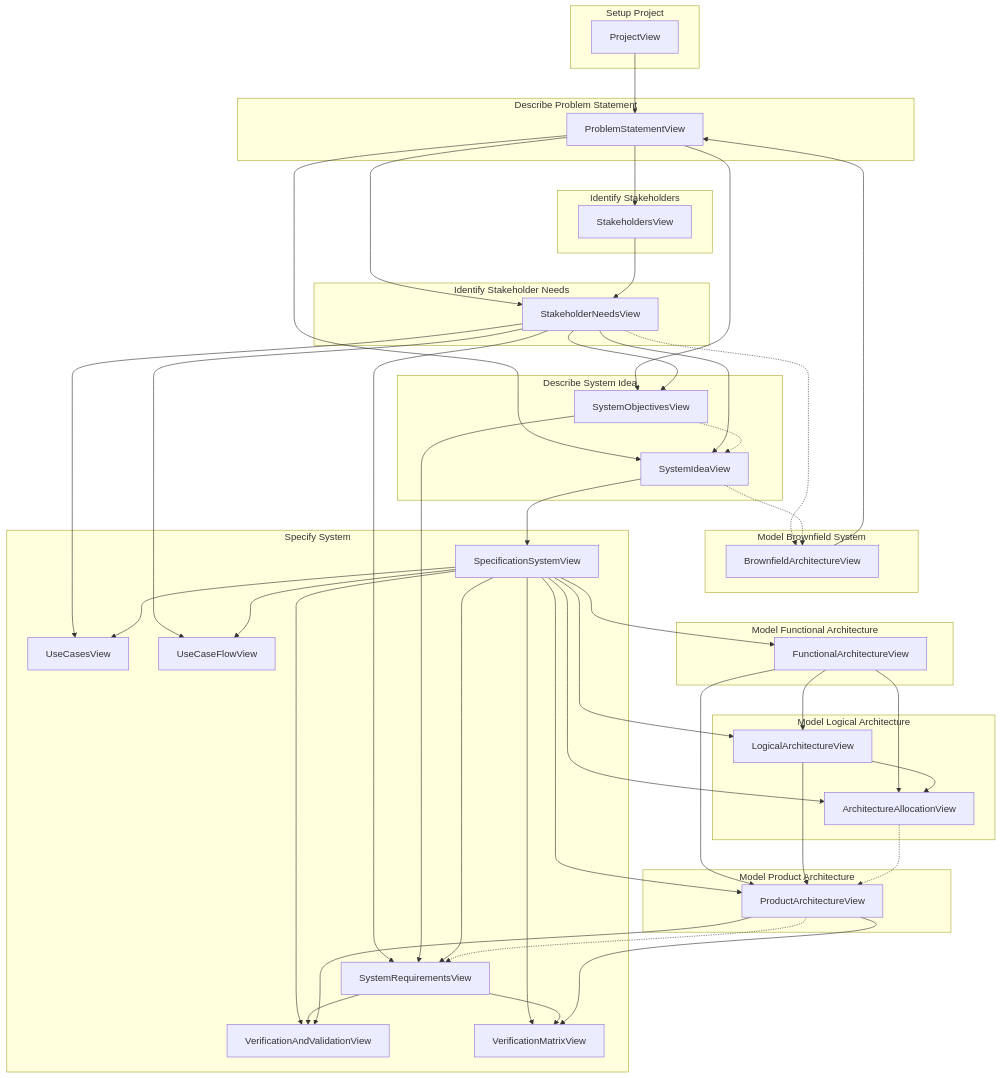
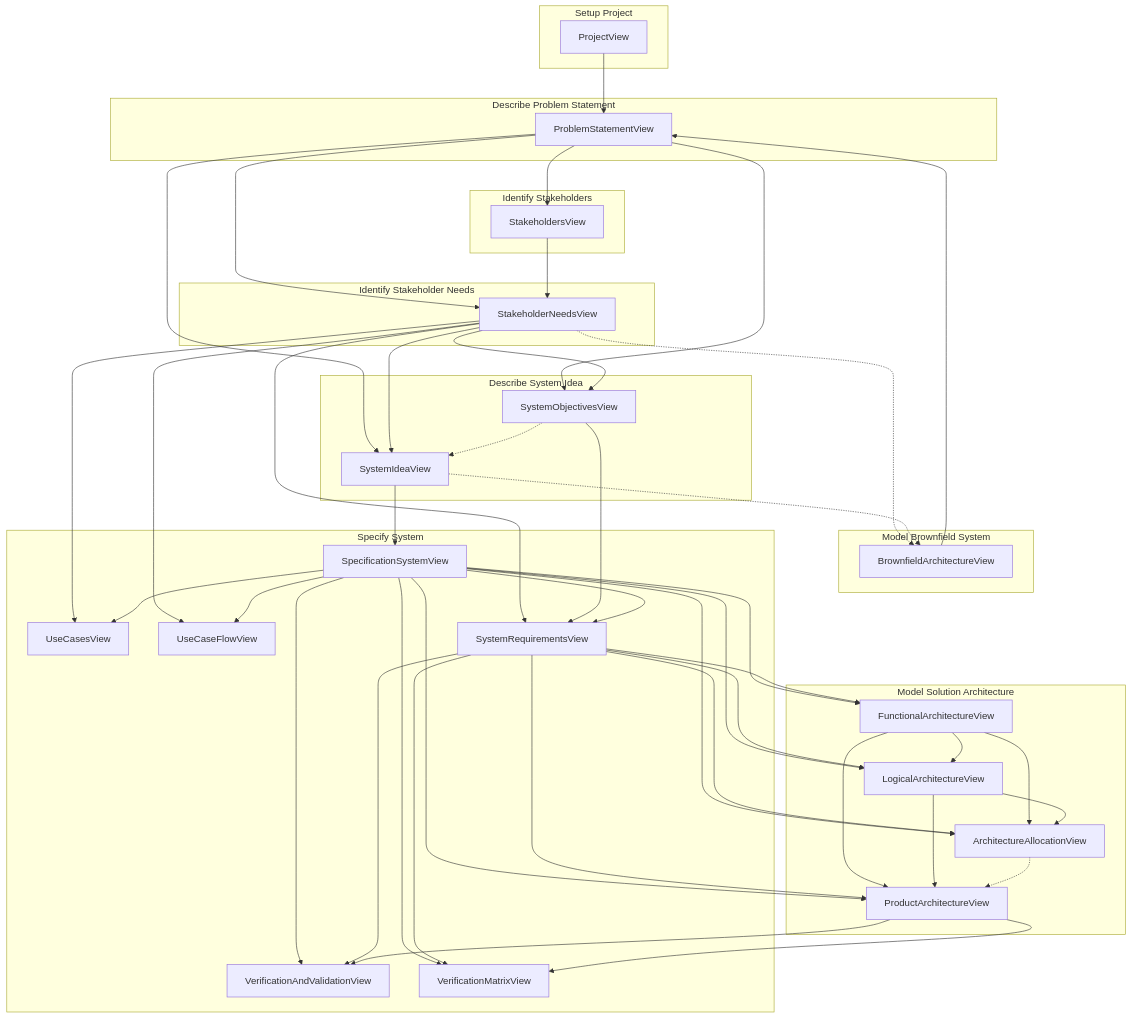
Before and after one commit to MBSE4U/sysmod-sysmlv2: the second of 2 diagrams in SYSMODViews.md, drawn with Mermaid. The commit also changed other lines of this file and 10 other files, not shown here.

First line of the commit message:
Refactor SYSMOD views and project structure to incorporate modelSolutionArchitecture

````diff
--- a/SYSMODViews.md
+++ b/SYSMODViews.md
@@ -1734,77 +1734,76 @@
 ```mermaid
 flowchart TB
     subgraph SetupProject["Setup Project"]
         ProjectView[ProjectView]
     end
     subgraph ModelBrownfieldSystem["Model Brownfield System"]
         BrownfieldArchitectureView[BrownfieldArchitectureView]
     end
     subgraph DescribeProblemStatement["Describe Problem Statement"]
         ProblemStatementView[ProblemStatementView]
     end
     subgraph IdentifyStakeholders["Identify Stakeholders"]
         StakeholdersView[StakeholdersView]
     end
     subgraph IdentifyStakeholderNeeds["Identify Stakeholder Needs"]
         StakeholderNeedsView[StakeholderNeedsView]
     end
     subgraph DescribeSystemIdea["Describe System Idea"]
         SystemIdeaView[SystemIdeaView]
         SystemObjectivesView[SystemObjectivesView]
     end
     subgraph SpecifySystem["Specify System"]
         SpecificationSystemView[SpecificationSystemView]
         UseCasesView[UseCasesView]
         UseCaseFlowView[UseCaseFlowView]
         SystemRequirementsView[SystemRequirementsView]
         VerificationAndValidationView[VerificationAndValidationView]
         VerificationMatrixView[VerificationMatrixView]
     end
-    subgraph ModelFunctionalArchitecture["Model Functional Architecture"]
+    subgraph ModelSolutionArchitecture["Model Solution Architecture"]
         FunctionalArchitectureView[FunctionalArchitectureView]
-    end
-    subgraph ModelLogicalArchitecture["Model Logical Architecture"]
         LogicalArchitectureView[LogicalArchitectureView]
+        ProductArchitectureView[ProductArchitectureView]
         ArchitectureAllocationView[ArchitectureAllocationView]
-    end
-    subgraph ModelProductArchitecture["Model Product Architecture"]
-        ProductArchitectureView[ProductArchitectureView]
     end
     ProjectView --> ProblemStatementView
     BrownfieldArchitectureView --> ProblemStatementView
     ProblemStatementView --> StakeholdersView
     ProblemStatementView --> StakeholderNeedsView
     StakeholdersView --> StakeholderNeedsView
     ProblemStatementView --> SystemIdeaView
     StakeholderNeedsView --> SystemIdeaView
     ProblemStatementView --> SystemObjectivesView
     StakeholderNeedsView --> SystemObjectivesView
     SystemIdeaView --> SpecificationSystemView
     StakeholderNeedsView --> UseCasesView
     SpecificationSystemView --> UseCasesView
     StakeholderNeedsView --> UseCaseFlowView
     SpecificationSystemView --> UseCaseFlowView
     StakeholderNeedsView --> SystemRequirementsView
     SystemObjectivesView --> SystemRequirementsView
     SpecificationSystemView --> SystemRequirementsView
     SpecificationSystemView --> FunctionalArchitectureView
+    SystemRequirementsView --> FunctionalArchitectureView
     SpecificationSystemView --> LogicalArchitectureView
+    SystemRequirementsView --> LogicalArchitectureView
     FunctionalArchitectureView --> LogicalArchitectureView
     SpecificationSystemView --> ProductArchitectureView
+    SystemRequirementsView --> ProductArchitectureView
     FunctionalArchitectureView --> ProductArchitectureView
     LogicalArchitectureView --> ProductArchitectureView
     SpecificationSystemView --> ArchitectureAllocationView
+    SystemRequirementsView --> ArchitectureAllocationView
     FunctionalArchitectureView --> ArchitectureAllocationView
     LogicalArchitectureView --> ArchitectureAllocationView
     SpecificationSystemView --> VerificationAndValidationView
     SystemRequirementsView --> VerificationAndValidationView
     ProductArchitectureView --> VerificationAndValidationView
     SpecificationSystemView --> VerificationMatrixView
     SystemRequirementsView --> VerificationMatrixView
     ProductArchitectureView --> VerificationMatrixView
     StakeholderNeedsView -.-> BrownfieldArchitectureView
     SystemIdeaView -.-> BrownfieldArchitectureView
     SystemObjectivesView -.-> SystemIdeaView
-    ProductArchitectureView -.-> SystemRequirementsView
     ArchitectureAllocationView -.-> ProductArchitectureView
 ```
````
